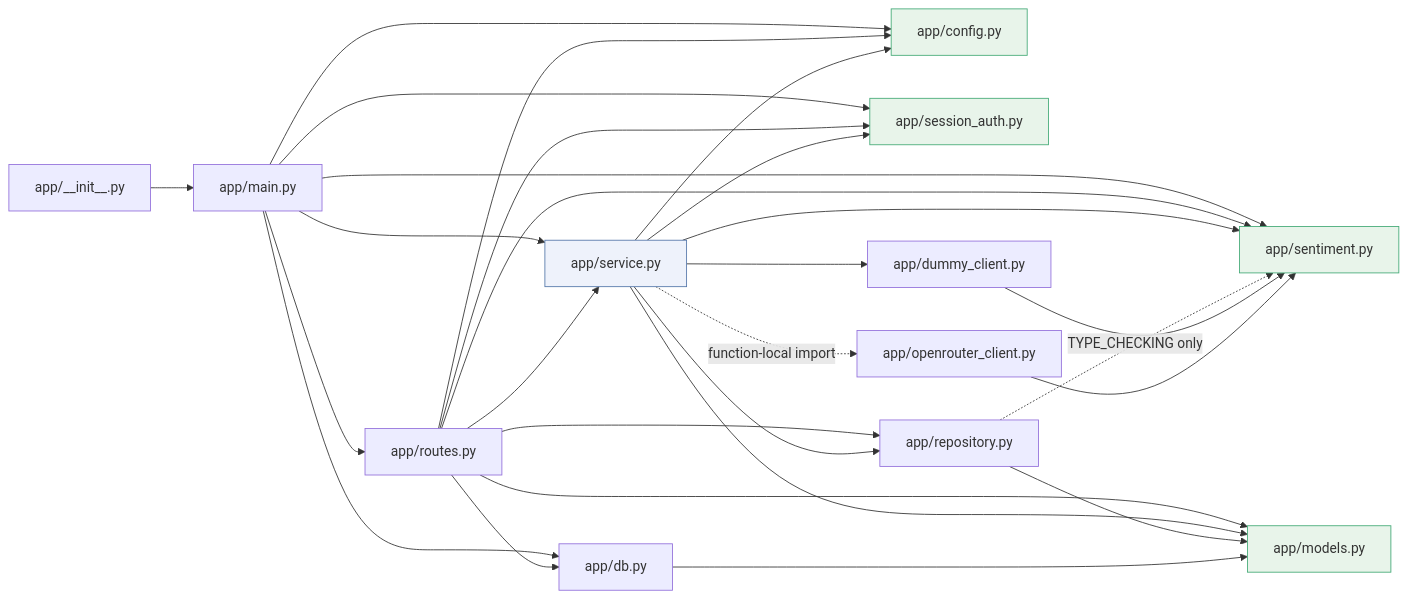
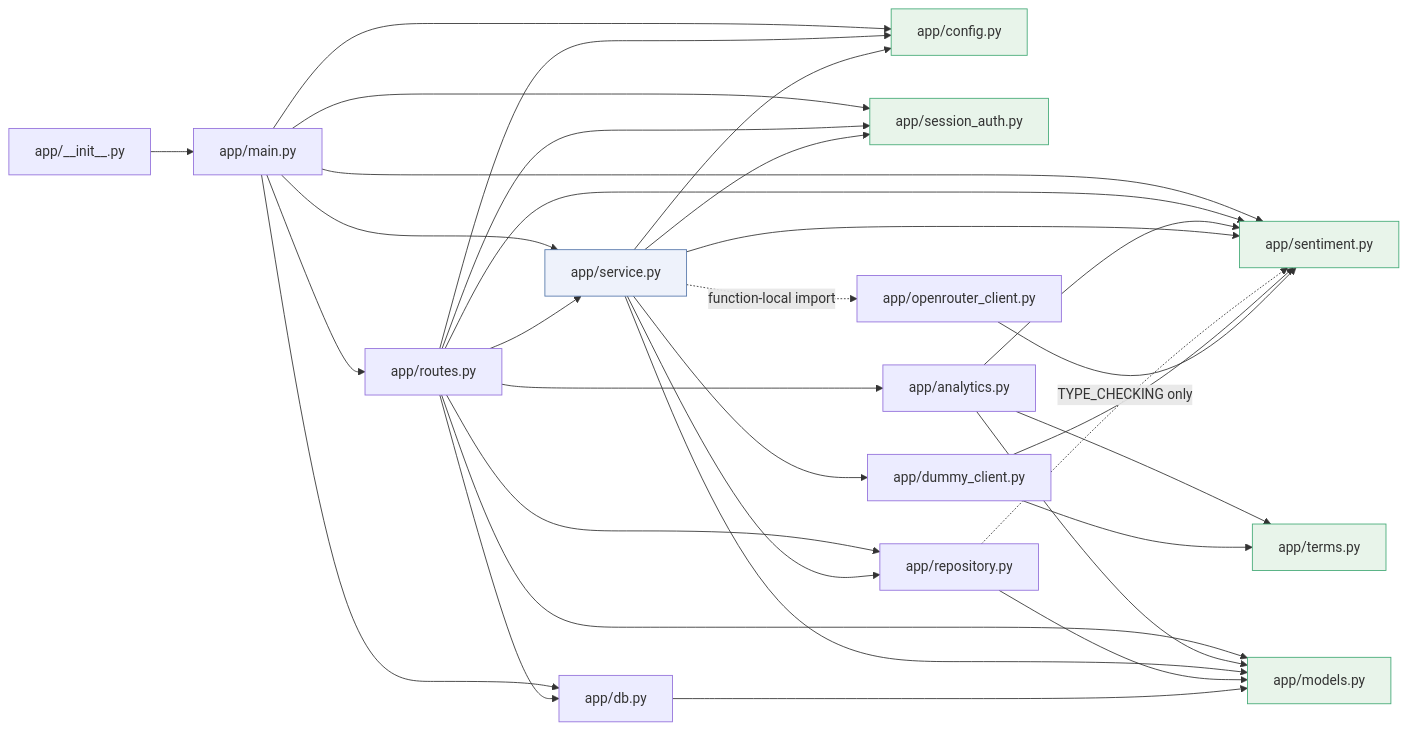
The diagram in aidlc/spaces/default/codekb/sentiment-opencode/dependencies.md (farazmazhar/aidlc-demo-sentiment-analyser), drawn with Mermaid before and after one commit. The commit also changed other lines of this file and 52 other files, not shown here.

````diff
--- a/aidlc/spaces/default/codekb/sentiment-opencode/dependencies.md
+++ b/aidlc/spaces/default/codekb/sentiment-opencode/dependencies.md
@@ -106,37 +110,43 @@
 ```mermaid
 graph LR
     INIT["app/__init__.py"] --> MAIN["app/main.py"]
     MAIN --> RT["app/routes.py"]
     MAIN --> DB["app/db.py"]
     MAIN --> CFG["app/config.py"]
     MAIN --> SENT["app/sentiment.py"]
     MAIN --> SVC["app/service.py"]
     MAIN --> AUTH["app/session_auth.py"]
 
     RT --> SVC
     RT --> REPO["app/repository.py"]
     RT --> MOD["app/models.py"]
+    RT --> ANL["app/analytics.py"]
     RT --> CFG
     RT --> DB
     RT --> SENT
     RT --> AUTH
+
+    ANL --> MOD
+    ANL --> SENT
+    ANL --> TRM["app/terms.py"]
 
     SVC --> REPO
     SVC --> MOD
     SVC --> SENT
     SVC --> CFG
     SVC --> DUMMY["app/dummy_client.py"]
     SVC --> AUTH
     SVC -.->|"function-local import"| LIVE["app/openrouter_client.py"]
 
     REPO --> MOD
     REPO -.->|"TYPE_CHECKING only"| SENT
     DB --> MOD
     DUMMY --> SENT
+    DUMMY --> TRM
     LIVE --> SENT
 
     classDef leaf fill:#e8f4ea,stroke:#4a7
     classDef core fill:#eef2fb,stroke:#57a
-    class CFG,SENT,AUTH,MOD leaf
+    class CFG,SENT,AUTH,MOD,TRM leaf
     class SVC core
 ```
````
